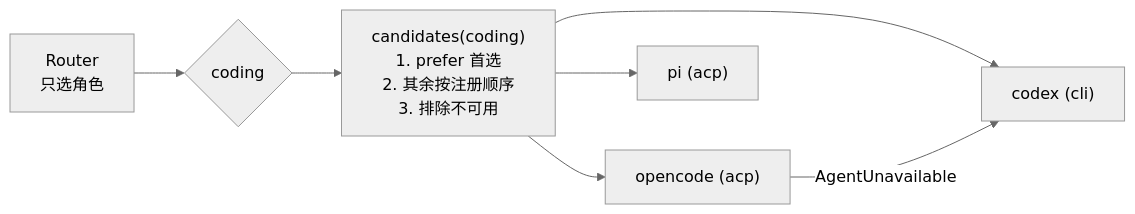
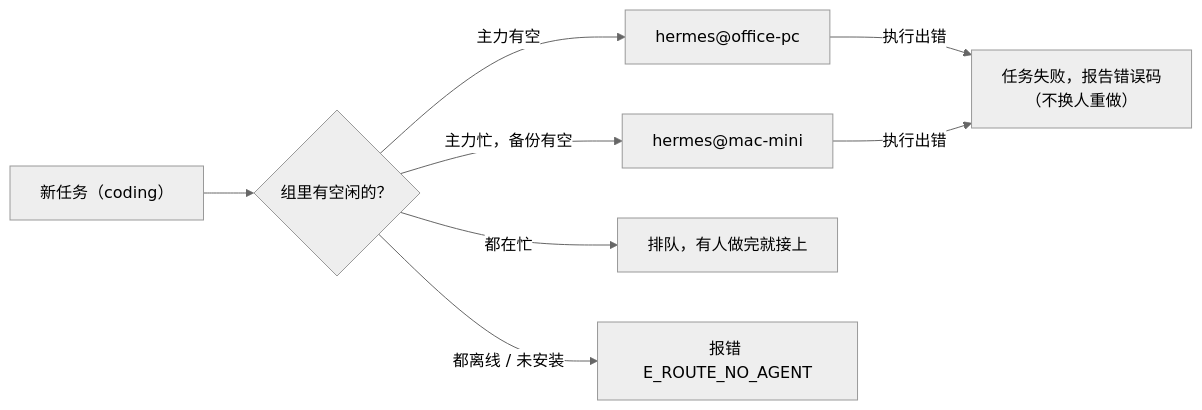
Before and after one commit to Grant-Huang/multi-agent-conv-mvp: the fourth of 8 diagrams in docs/DESIGN.md, drawn with Mermaid (neutral theme). The commit also changed other lines of this file and 46 other files, not shown here.

````diff
--- a/docs/DESIGN.md
+++ b/docs/DESIGN.md
@@ -662,9 +374,9 @@
 ```mermaid
 flowchart LR
-    R["Router<br/>只选角色"] --> ROLE{"coding"}
-    ROLE --> P["candidates(coding)<br/>1. prefer 首选<br/>2. 其余按注册顺序<br/>3. 排除不可用"]
-    P --> A1["opencode (acp)"]
-    P --> A2["codex (cli)"]
-    P --> A3["pi (acp)"]
-    A1 -- "AgentUnavailable" --> A2
+    T["新任务（coding）"] --> Q{"组里有空闲的？"}
+    Q -- "主力有空" --> A1["hermes@office-pc"]
+    Q -- "主力忙，备份有空" --> A2["hermes@mac-mini"]
+    Q -- "都在忙" --> W["排队，有人做完就接上"]
+    Q -- "都离线 / 未安装" --> E["报错 E_ROUTE_NO_AGENT"]
+    A1 & A2 -- "执行出错" --> F["任务失败，报告错误码<br/>（不换人重做）"]
 ```
````
